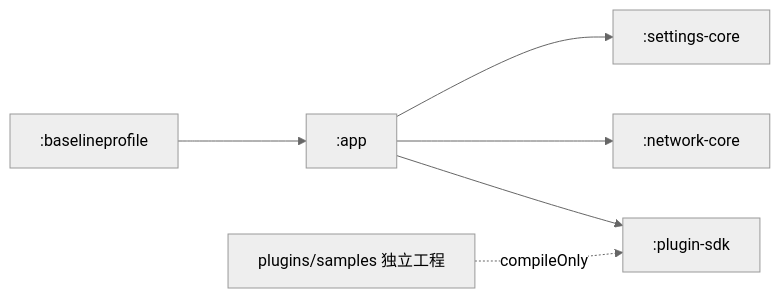
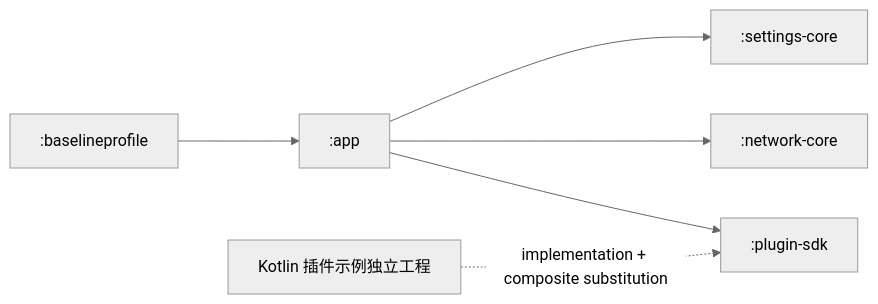
One commit to Piracola/BiliPai-miuix changed the first of 4 diagrams in docs/wiki/ARCHITECTURE.md. Above: the diagram before and after it, drawn with Mermaid (neutral theme). The commit also changed other lines of this file and 7 other files, not shown here.

````diff
--- a/docs/wiki/ARCHITECTURE.md
+++ b/docs/wiki/ARCHITECTURE.md
@@ -20,8 +20,8 @@
 ```mermaid
 flowchart LR
     BP[":baselineprofile"] --> APP[":app"]
     APP --> SETTINGS[":settings-core"]
     APP --> NETWORK[":network-core"]
     APP --> SDK[":plugin-sdk"]
-    SAMPLES["plugins/samples 独立工程"] -. compileOnly .-> SDK
+    SAMPLES["Kotlin 插件示例独立工程"] -. "implementation + composite substitution" .-> SDK
 ```
````
